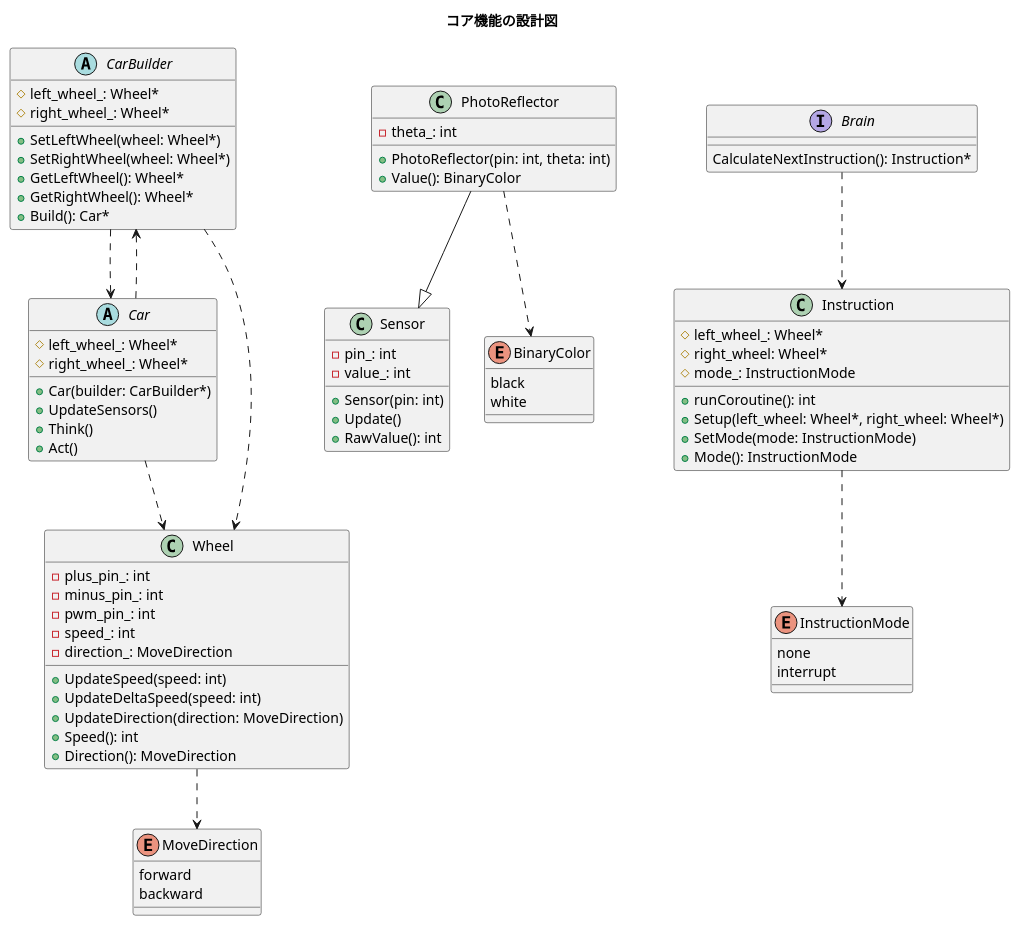
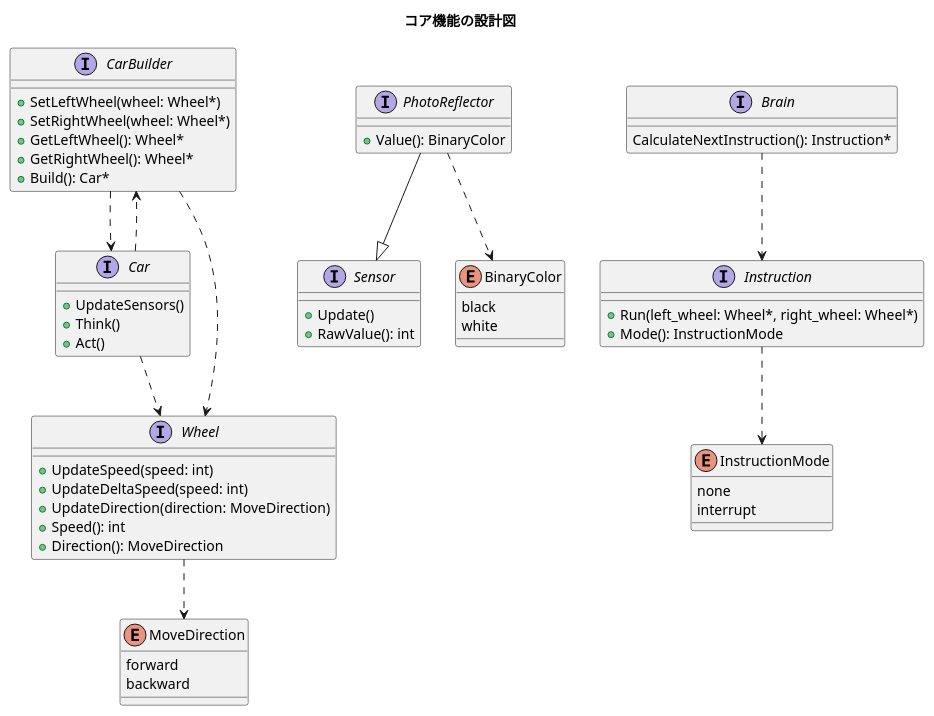
The diagram in uml/core.puml (kitakkun/ArduinoCar), drawn with PlantUML before and after one commit.

Commit message:
クラス図更新

```diff
--- a/uml/core.puml
+++ b/uml/core.puml
@@ -1,94 +1,74 @@
 @startuml
 'https://plantuml.com/class-diagram
 
 title "コア機能の設計図"
 
-abstract class CarBuilder {
+interface CarBuilder {
 + SetLeftWheel(wheel: Wheel*)
 + SetRightWheel(wheel: Wheel*)
 + GetLeftWheel(): Wheel*
 + GetRightWheel(): Wheel*
 + Build(): Car*
-# left_wheel_: Wheel*
-# right_wheel_: Wheel*
 }
 
-abstract class Car {
-# left_wheel_: Wheel*
-# right_wheel_: Wheel*
-+ Car(builder: CarBuilder*)
+interface Car {
 + UpdateSensors()
 + Think()
 + Act()
 }
 
-class Wheel {
-- plus_pin_: int
-- minus_pin_: int
-- pwm_pin_: int
-- speed_: int
-- direction_: MoveDirection
+interface Wheel {
 + UpdateSpeed(speed: int)
 + UpdateDeltaSpeed(speed: int)
 + UpdateDirection(direction: MoveDirection)
 + Speed(): int
 + Direction(): MoveDirection
 }
 
 enum MoveDirection {
     forward
     backward
 }
 
-class Sensor {
-- pin_: int
-- value_: int
-+ Sensor(pin: int)
+interface Sensor {
 + Update()
 + RawValue(): int
 }
 
-class PhotoReflector {
-- theta_: int
-+ PhotoReflector(pin: int, theta: int)
+interface PhotoReflector {
 + Value(): BinaryColor
 }
 
 enum BinaryColor {
     black
     white
 }
 
 interface Brain {
     CalculateNextInstruction(): Instruction*
 }
 
-class Instruction {
-+ runCoroutine(): int
-+ Setup(left_wheel: Wheel*, right_wheel: Wheel*)
-+ SetMode(mode: InstructionMode)
+interface Instruction {
++ Run(left_wheel: Wheel*, right_wheel: Wheel*)
 + Mode(): InstructionMode
-# left_wheel_: Wheel*
-# right_wheel: Wheel*
-# mode_: InstructionMode
 }
 
 enum InstructionMode {
     none
     interrupt
 }
 
 
 CarBuilder ..> Car
 CarBuilder ..> Wheel
 'CarBuilder ..> Car
 'CarBuilder ..> Wheel
 'Car ..> CarBuilder
 Car ..> CarBuilder
 Car ..> Wheel
 Wheel ..> MoveDirection
 PhotoReflector --|> Sensor
 PhotoReflector ..> BinaryColor
 Brain ..> Instruction
 Instruction ..> InstructionMode
 @enduml
```
